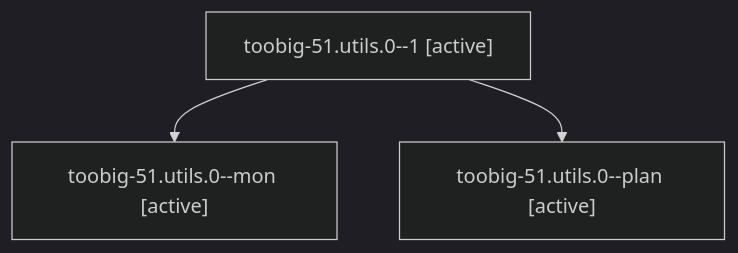
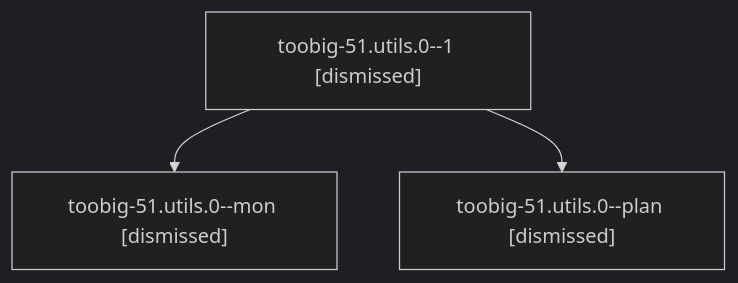
The diagram in sessions/bbugyi200.athena.toobig-51.utils.0.md (sase-org/sase--agents), drawn with Mermaid (dark theme) before and after one commit. The commit also changed other lines of this file and 78 other files, not shown here.

````diff
--- a/sessions/bbugyi200.athena.toobig-51.utils.0.md
+++ b/sessions/bbugyi200.athena.toobig-51.utils.0.md
@@ -9,8 +9,8 @@
 ```mermaid
 flowchart TD
-  n0["toobig-51.utils.0--1 [active]"]
-  n1["toobig-51.utils.0--mon [active]"]
+  n0["toobig-51.utils.0--1 [dismissed]"]
+  n1["toobig-51.utils.0--mon [dismissed]"]
   n0 --> n1
-  n2["toobig-51.utils.0--plan [active]"]
+  n2["toobig-51.utils.0--plan [dismissed]"]
   n0 --> n2
 ```
````
